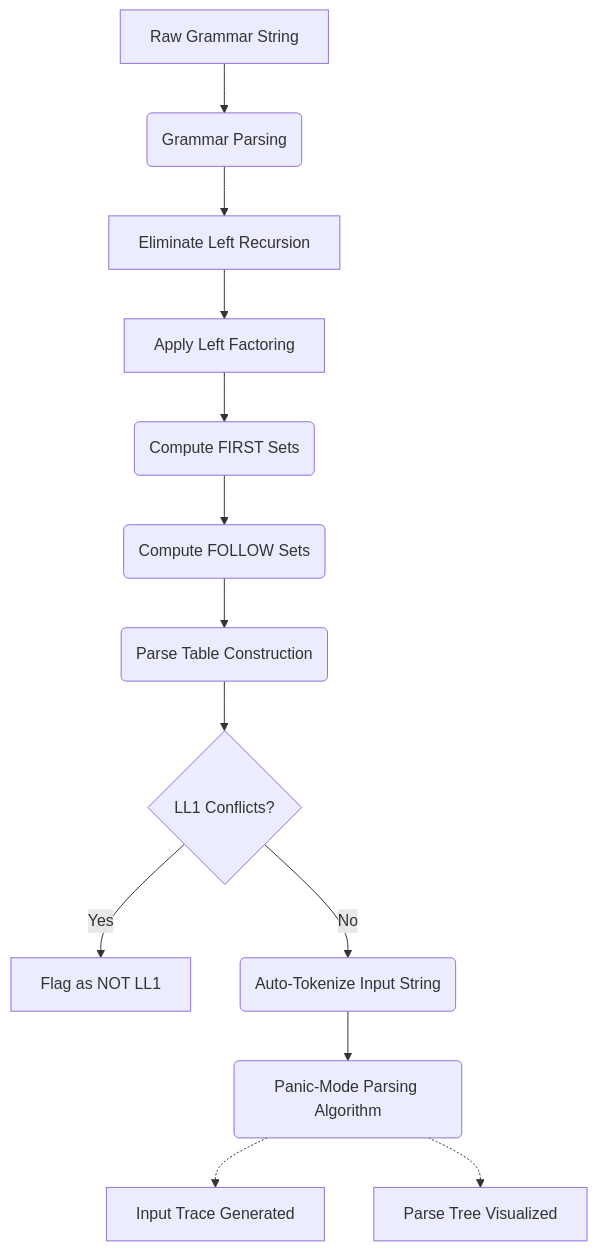
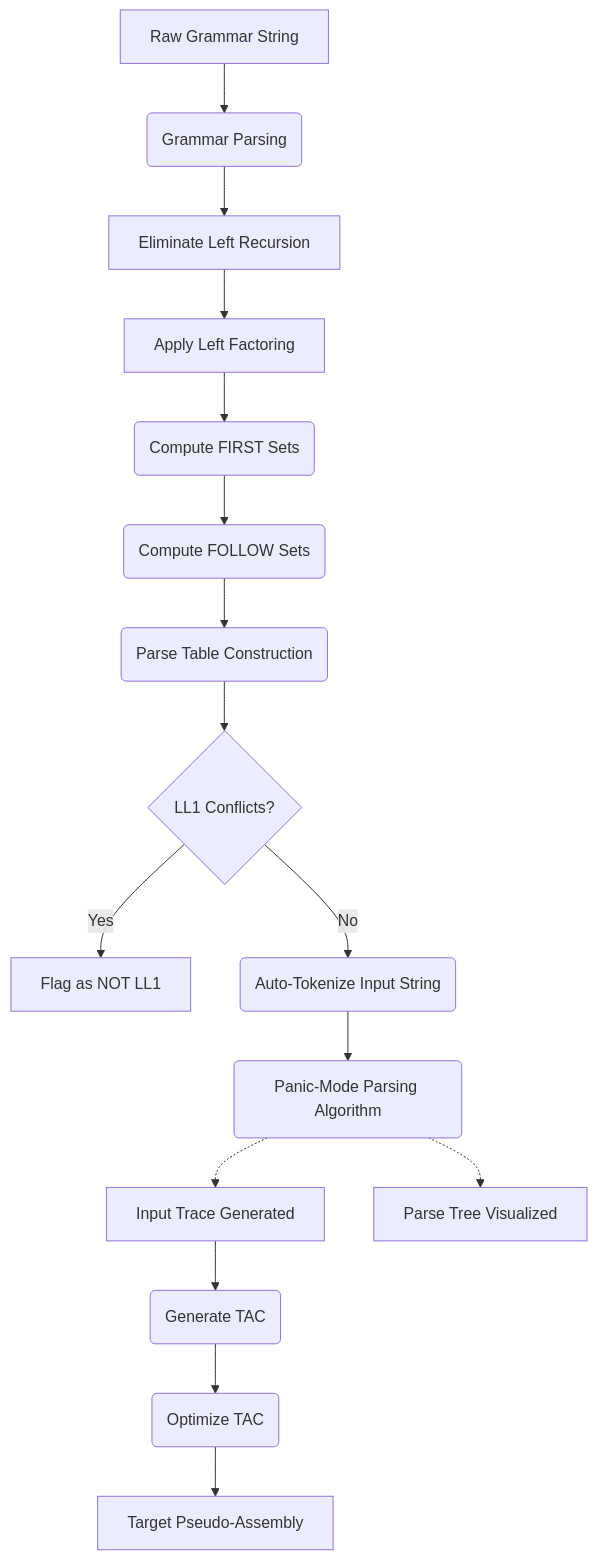
The diagram in README.md (Paarth01/LL-1-Grammar-Debugger-Visual-Parser), drawn with Mermaid before and after one commit. The commit also changed other lines of this file, not shown here.

Commit message:
Implement compiler backend: TAC, Optimization, Target Assembly

````diff
--- a/README.md
+++ b/README.md
@@ -31,15 +34,18 @@
 ```mermaid
 graph TD
     A[Raw Grammar String] --> B(Grammar Parsing)
     B --> C[Eliminate Left Recursion]
     C --> D[Apply Left Factoring]
     D --> E(Compute FIRST Sets)
     E --> F(Compute FOLLOW Sets)
     F --> G(Parse Table Construction)
     G --> H{LL1 Conflicts?}
     H -- Yes --> I[Flag as NOT LL1]
     H -- No --> J(Auto-Tokenize Input String)
     J --> K(Panic-Mode Parsing Algorithm)
     K -.-> L[Input Trace Generated]
     K -.-> M[Parse Tree Visualized]
+    L --> N(Generate TAC)
+    N --> O(Optimize TAC)
+    O --> P[Target Pseudo-Assembly]
 ```
````
